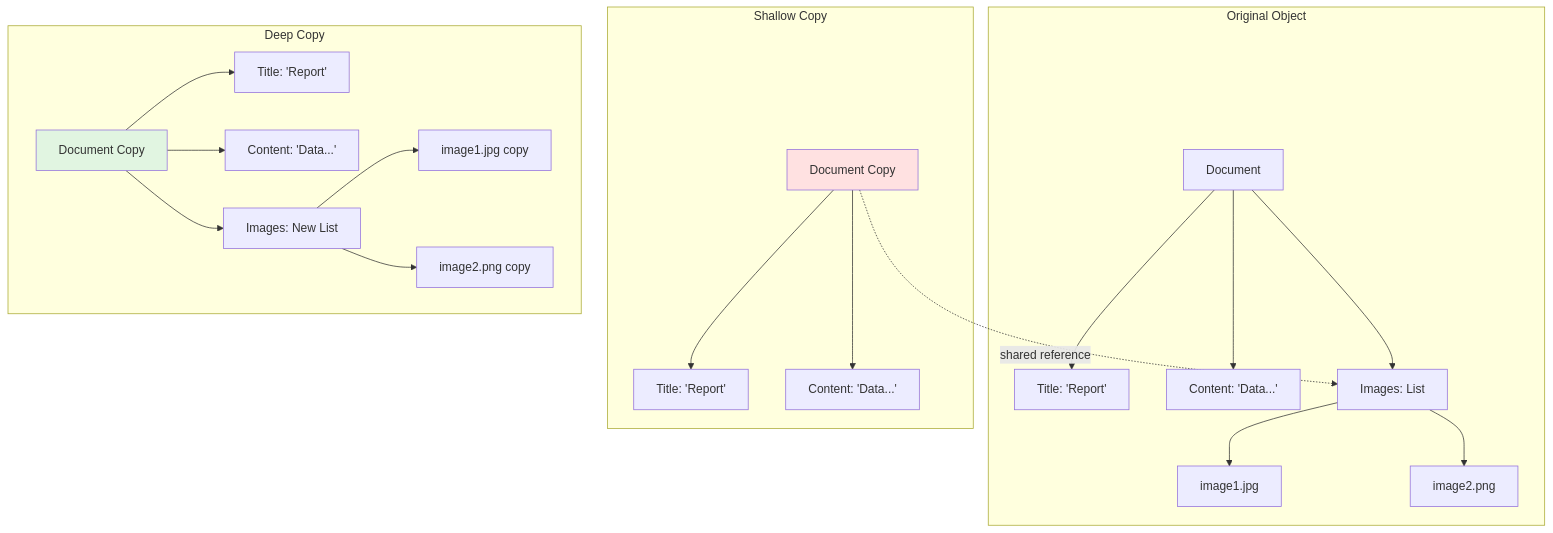
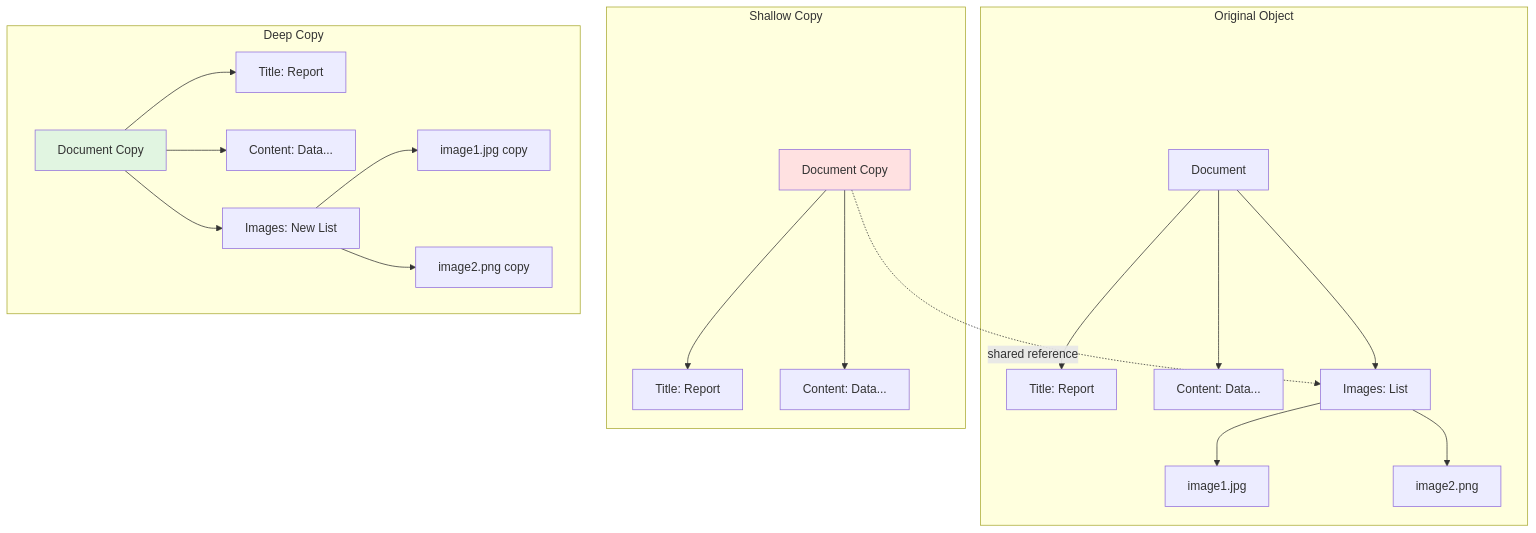
One commit to Brebu/Quizz changed diagram 15 of 55 in chapters/cap13-design-patterns-diag.md. Above: the diagram before and after it, drawn with Mermaid. The commit also changed other lines of this file and 1 other file, not shown here.

````diff
--- a/chapters/cap13-design-patterns-diag.md
+++ b/chapters/cap13-design-patterns-diag.md
@@ -481,30 +481,30 @@
 ```mermaid
 graph TB
-    subgraph "Original Object"
+    subgraph OriginalObject[Original Object]
         O[Document]
-        O --> T[Title: 'Report']
-        O --> C[Content: 'Data...']
+        O --> T[Title: Report]
+        O --> C[Content: Data...]
         O --> I[Images: List]
         I --> I1[image1.jpg]
         I --> I2[image2.png]
     end
     
-    subgraph "Shallow Copy"
+    subgraph ShallowCopy[Shallow Copy]
         SC[Document Copy]
-        SC --> T2[Title: 'Report']
-        SC --> C2[Content: 'Data...']
+        SC --> T2[Title: Report]
+        SC --> C2[Content: Data...]
         SC -.->|shared reference| I
     end
     
-    subgraph "Deep Copy"
+    subgraph DeepCopy[Deep Copy]
         DC[Document Copy]
-        DC --> T3[Title: 'Report']
-        DC --> C3[Content: 'Data...']
+        DC --> T3[Title: Report]
+        DC --> C3[Content: Data...]
         DC --> I3[Images: New List]
         I3 --> I4[image1.jpg copy]
         I3 --> I5[image2.png copy]
     end
     
     style SC fill:#ffe1e1
     style DC fill:#e1f5e1
 ```
````
